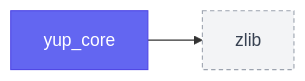
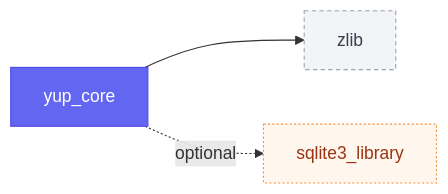
Before and after one commit to kunitoki/yup: the first of 19 diagrams in docs/modules.md, drawn with Mermaid. The commit also changed other lines of this file and 13 other files, not shown here.

````diff
--- a/docs/modules.md
+++ b/docs/modules.md
@@ -29,6 +55,8 @@
 ```mermaid
 flowchart LR
     yup_core:::self --> zlib:::ext
+    yup_core -. optional .-> sqlite3_library:::opt
     classDef self fill:#6366f1,color:#fff,stroke:#4f46e5;
     classDef ext fill:#f3f4f6,color:#374151,stroke:#9ca3af,stroke-dasharray:4 3;
+    classDef opt fill:#fff7ed,color:#9a3412,stroke:#fb923c,stroke-dasharray:2 2;
 ```
````
